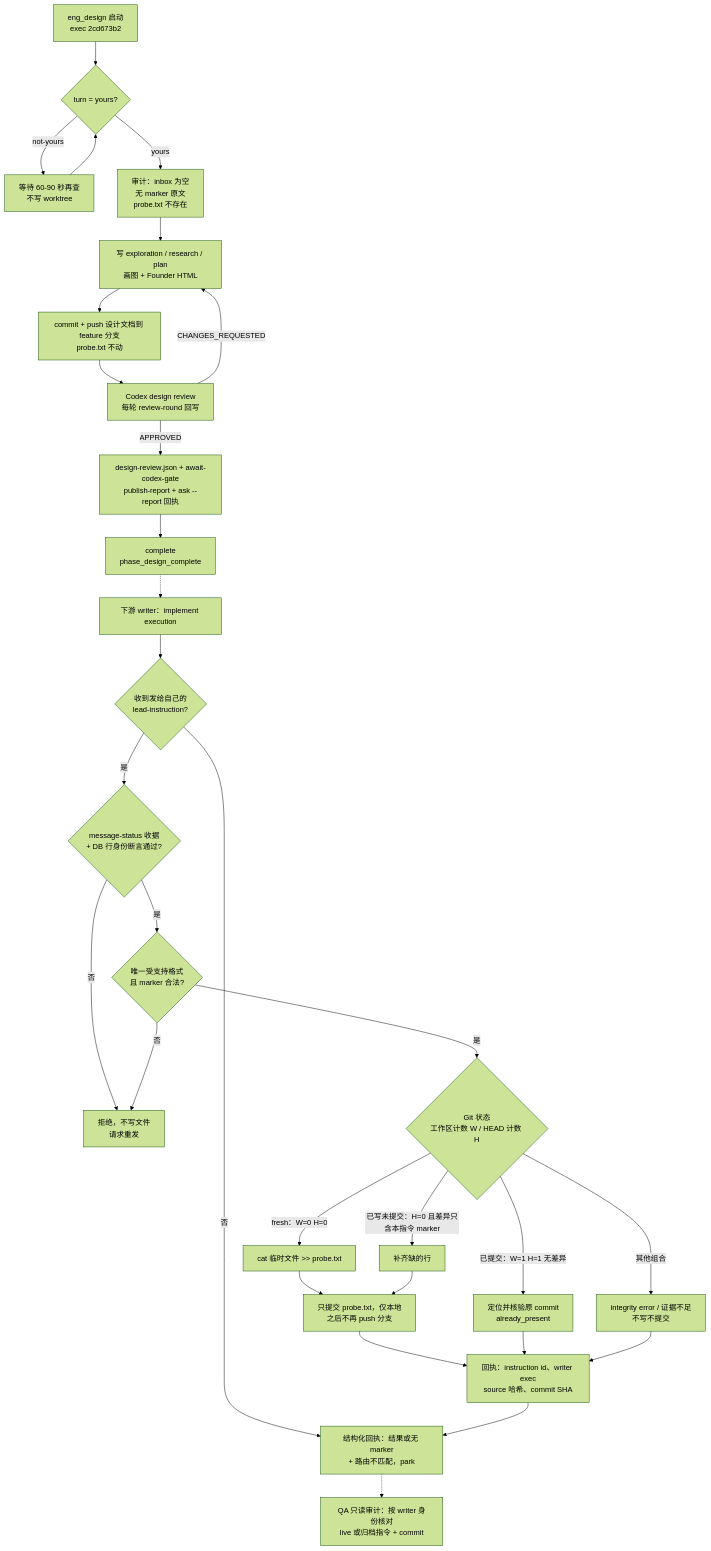
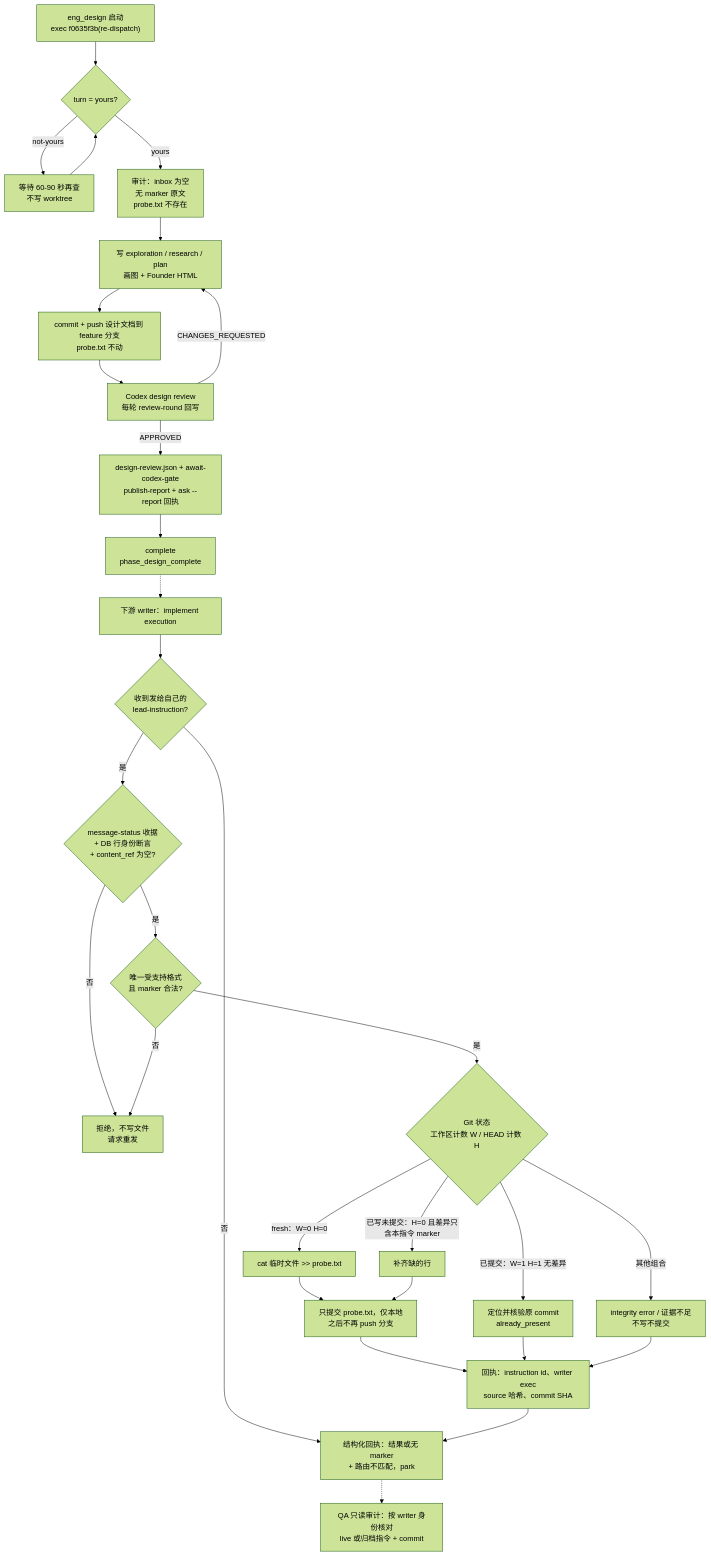
One commit to xrliAnnie/flywheel-qa-sandbox changed the diagram in engineering/doc/FLY-3164-claude-transport-canary/core-flow.mmd. Above: the diagram before and after it, drawn with Mermaid (forest theme). The commit also changed 7 other files, not shown here.

```diff
--- a/engineering/doc/FLY-3164-claude-transport-canary/core-flow.mmd
+++ b/engineering/doc/FLY-3164-claude-transport-canary/core-flow.mmd
@@ -1,30 +1,30 @@
 flowchart TD
-    A["eng_design 启动<br/>exec 2cd673b2"] --> B{"turn = yours?"}
+    A["eng_design 启动<br/>exec f0635f3b(re-dispatch)"] --> B{"turn = yours?"}
     B -- "not-yours" --> W["等待 60-90 秒再查<br/>不写 worktree"]
     W --> B
     B -- "yours" --> C["审计：inbox 为空<br/>无 marker 原文<br/>probe.txt 不存在"]
     C --> D["写 exploration / research / plan<br/>画图 + Founder HTML"]
     D --> E["commit + push 设计文档到 feature 分支<br/>probe.txt 不动"]
     E --> F["Codex design review<br/>每轮 review-round 回写"]
     F -- "CHANGES_REQUESTED" --> D
     F -- "APPROVED" --> G["design-review.json + await-codex-gate<br/>publish-report + ask --report 回执"]
     G --> H["complete<br/>phase_design_complete"]
     H -.-> I["下游 writer：implement execution"]
     I --> J{"收到发给自己的<br/>lead-instruction?"}
     J -- "否" --> P["结构化回执：结果或无 marker<br/>+ 路由不匹配，park"]
-    J -- "是" --> K{"message-status 收据<br/>+ DB 行身份断言通过?"}
+    J -- "是" --> K{"message-status 收据<br/>+ DB 行身份断言<br/>+ content_ref 为空?"}
     K -- "否" --> R["拒绝，不写文件<br/>请求重发"]
     K -- "是" --> L{"唯一受支持格式<br/>且 marker 合法?"}
     L -- "否" --> R
     L -- "是" --> M{"Git 状态<br/>工作区计数 W / HEAD 计数 H"}
     M -- "fresh：W=0 H=0" --> O["cat 临时文件 >> probe.txt"]
     M -- "已写未提交：H=0 且差异只含本指令 marker" --> O2["补齐缺的行"]
     M -- "已提交：W=1 H=1 无差异" --> N["定位并核验原 commit<br/>already_present"]
     M -- "其他组合" --> X["integrity error / 证据不足<br/>不写不提交"]
     O --> CM["只提交 probe.txt，仅本地<br/>之后不再 push 分支"]
     O2 --> CM
     CM --> Q["回执：instruction id、writer exec<br/>source 哈希、commit SHA"]
     N --> Q
     X --> Q
     Q --> P
     P -.-> QA["QA 只读审计：按 writer 身份核对<br/>live 或归档指令 + commit"]
```
